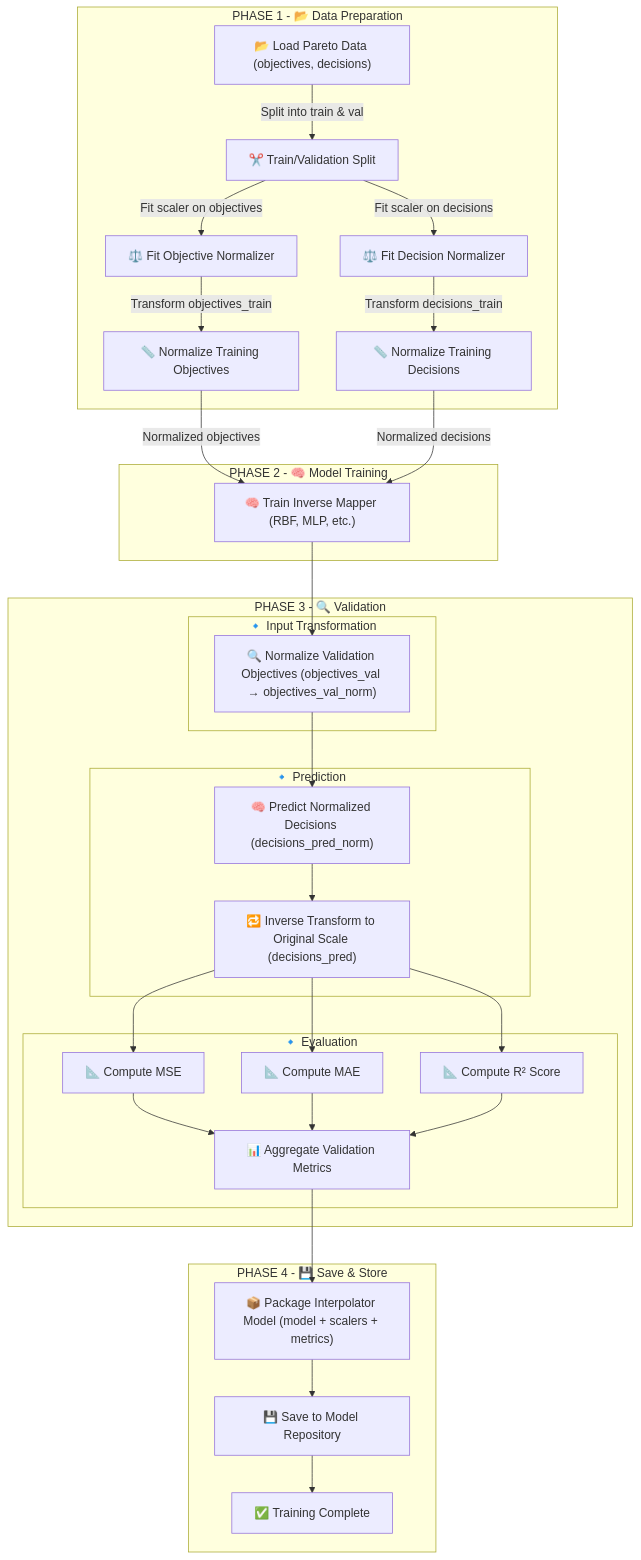
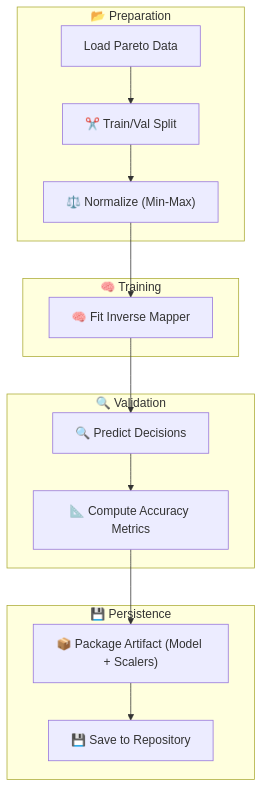
Before and after one commit to Nicola-Ibrahim/Tracing-Objectives-Backwards: the diagram in docs/processes/model-training-validation.md, drawn with Mermaid. The commit also changed other lines of this file and 9 other files, not shown here.

````diff
--- a/docs/processes/model-training-validation.md
+++ b/docs/processes/model-training-validation.md
@@ -69,42 +38,21 @@
 ```mermaid
 flowchart TD
-  %% -----------------------------
-  subgraph "PHASE 1 - 📂 Data Preparation"
-    A["📂 Load Pareto Data (objectives, decisions)"]
-    A -->| Split into train & val | B["✂️ Train/Validation Split"]
-    B -->| Fit scaler on objectives | C["⚖️ Fit Objective Normalizer"]
-    B -->| Fit scaler on decisions | D["⚖️ Fit Decision Normalizer"]
-    C -->| Transform objectives_train | E["📏 Normalize Training Objectives"]
-    D -->| Transform decisions_train | F["📏 Normalize Training Decisions"]
-  end
-  %% -----------------------------
-  subgraph "PHASE 2 - 🧠 Model Training"
-    E -->| Normalized objectives | G["🧠 Train Inverse Mapper (RBF, MLP, etc.)"]
-    F -->| Normalized decisions | G
-  end
-  %% -----------------------------
-  subgraph "PHASE 3 - 🔍 Validation"
-    subgraph "🔹 Input Transformation"
-      G --> H["🔍 Normalize Validation Objectives (objectives_val → objectives_val_norm)"]
+    subgraph "📂 Preparation"
+        A["Load Pareto Data"] --> B["✂️ Train/Val Split"]
+        B --> C["⚖️ Normalize (Min-Max)"]
     end
-    subgraph "🔹 Prediction"
-      H --> I["🧠 Predict Normalized Decisions (decisions_pred_norm)"]
-      I --> J["🔁 Inverse Transform to Original Scale (decisions_pred)"]
+
+    subgraph "🧠 Training"
+        C --> D["🧠 Fit Inverse Mapper"]
     end
-    subgraph "🔹 Evaluation"
-      J --> K1["📐 Compute MSE"]
-      J --> K2["📐 Compute MAE"]
-      J --> K3["📐 Compute R² Score"]
-      K1 --> K["📊 Aggregate Validation Metrics"]
-      K2 --> K
-      K3 --> K
+
+    subgraph "🔍 Validation"
+        D --> E["🔍 Predict Decisions"]
+        E --> F["📐 Compute Accuracy Metrics"]
     end
-  end
-  %% -----------------------------
-  subgraph "PHASE 4 - 💾 Save & Store"
-    K --> L["📦 Package Interpolator Model (model + scalers + metrics)"]
-    L --> M["💾 Save to Model Repository"]
-    M --> N["✅ Training Complete"]
-  end
 
+    subgraph "💾 Persistence"
+        F --> G["📦 Package Artifact (Model + Scalers)"]
+        G --> H["💾 Save to Repository"]
+    end
 ```
````
